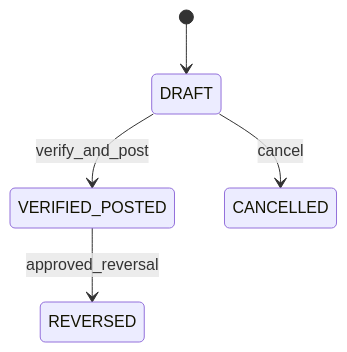
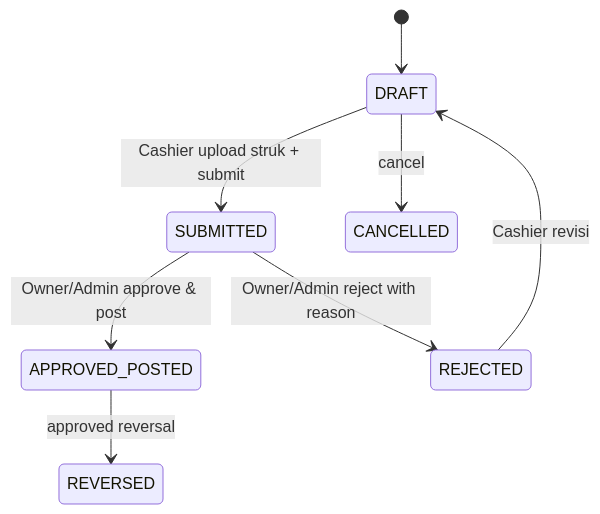
The second of 4 diagrams in docs/prd/15-status-transitions.md (xpasqa/erp-warandunk), drawn with Mermaid before and after one commit. The commit also changed other lines of this file and 11 other files, not shown here.

````diff
--- a/docs/prd/15-status-transitions.md
+++ b/docs/prd/15-status-transitions.md
@@ -23,7 +23,10 @@
 ```mermaid
 stateDiagram-v2
   [*] --> DRAFT
-  DRAFT --> VERIFIED_POSTED: verify_and_post
+  DRAFT --> SUBMITTED: Cashier upload struk + submit
   DRAFT --> CANCELLED: cancel
-  VERIFIED_POSTED --> REVERSED: approved_reversal
+  SUBMITTED --> APPROVED_POSTED: Owner/Admin approve & post
+  SUBMITTED --> REJECTED: Owner/Admin reject with reason
+  REJECTED --> DRAFT: Cashier revisi
+  APPROVED_POSTED --> REVERSED: approved reversal
 ```
````
